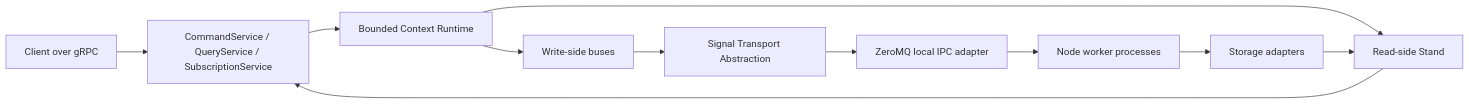
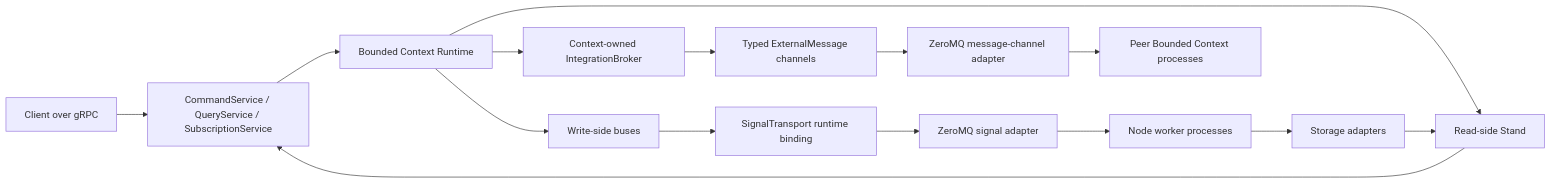
One commit to SpineEventEngine/spine-ts changed the diagram in build-protocol/TECHNICAL_SPEC.md. Above: the diagram before and after it, drawn with Mermaid. The commit also changed other lines of this file and 16 other files, not shown here.

````diff
--- a/build-protocol/TECHNICAL_SPEC.md
+++ b/build-protocol/TECHNICAL_SPEC.md
@@ -261,13 +261,17 @@
 ```mermaid
 flowchart LR
   Client["Client over gRPC"] --> Services["CommandService / QueryService / SubscriptionService"]
   Services --> Runtime["Bounded Context Runtime"]
   Runtime --> WriteBus["Write-side buses"]
   Runtime --> ReadSide["Read-side Stand"]
-  WriteBus --> Broker["Signal Transport Abstraction"]
-  Broker --> ZeroMQ["ZeroMQ local IPC adapter"]
+  WriteBus --> Signal["SignalTransport runtime binding"]
+  Runtime --> Integration["Context-owned IntegrationBroker"]
+  Integration --> Channels["Typed ExternalMessage channels"]
+  Signal --> ZeroMQ["ZeroMQ signal adapter"]
+  Channels --> ZeroMQChannels["ZeroMQ message-channel adapter"]
   ZeroMQ --> Workers["Node worker processes"]
+  ZeroMQChannels --> Peers["Peer Bounded Context processes"]
   Workers --> Storage["Storage adapters"]
   Storage --> ReadSide
   ReadSide --> Services
 ```
````
